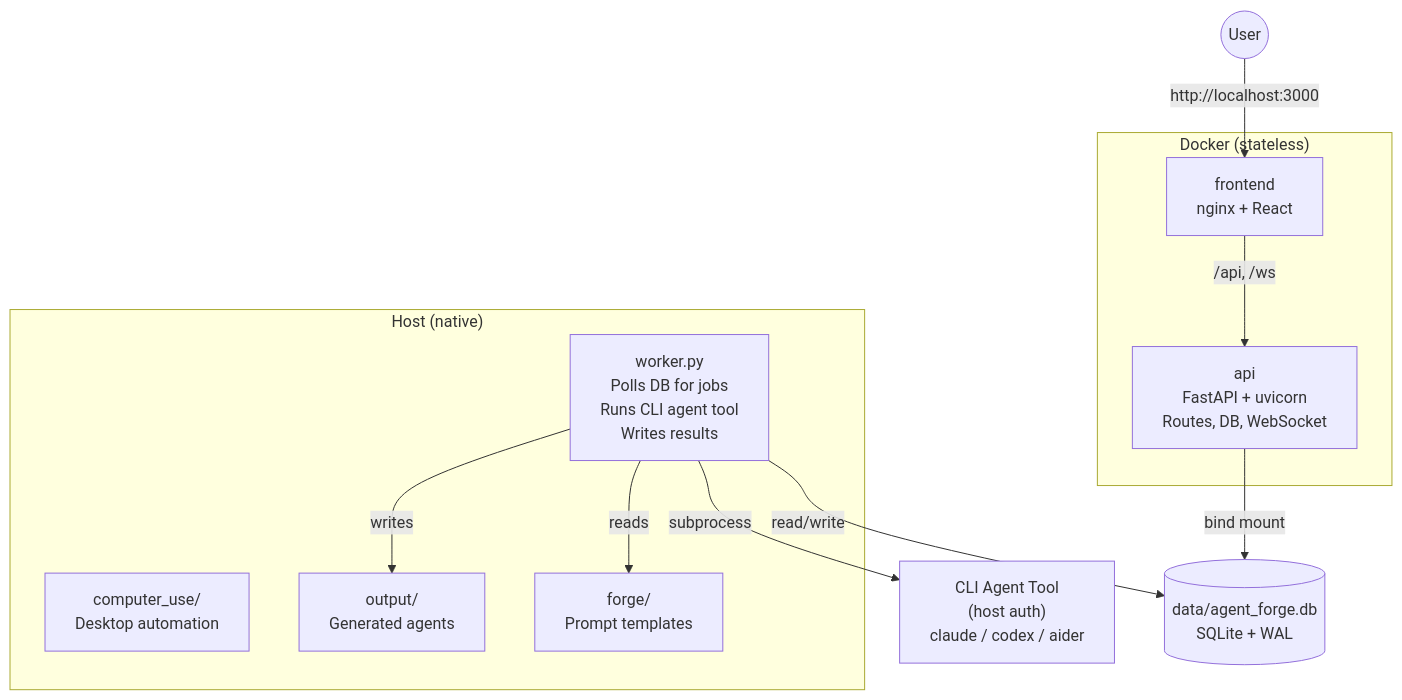
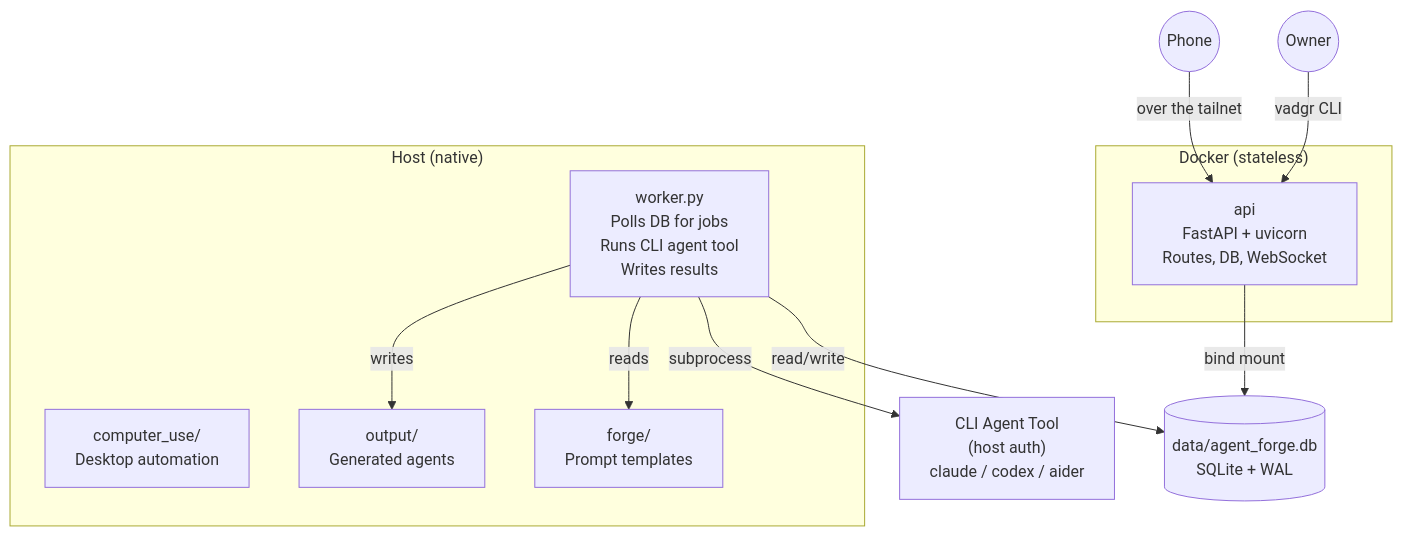
Before and after one commit to MONTBRAIN/vadgr: the first of 2 diagrams in api/docs/CONTAINERIZATION.md, drawn with Mermaid. The commit also changed other lines of this file and 92 other files, not shown here.

````diff
--- a/api/docs/CONTAINERIZATION.md
+++ b/api/docs/CONTAINERIZATION.md
@@ -11,25 +11,24 @@
 ```mermaid
 graph TB
     subgraph Docker["Docker (stateless)"]
-        FE["frontend<br/>nginx + React"]
         API["api<br/>FastAPI + uvicorn<br/>Routes, DB, WebSocket"]
-        FE -->|"/api, /ws"| API
     end
 
     subgraph Host["Host (native)"]
         Worker["worker.py<br/>Polls DB for jobs<br/>Runs CLI agent tool<br/>Writes results"]
         CU["computer_use/<br/>Desktop automation"]
         Forge["forge/<br/>Prompt templates"]
         Output["output/<br/>Generated agents"]
     end
 
     DB[("data/agent_forge.db<br/>SQLite + WAL")]
 
     API -->|"bind mount"| DB
     Worker -->|"read/write"| DB
     Worker -->|"subprocess"| Claude["CLI Agent Tool<br/>(host auth)<br/>claude / codex / aider"]
     Worker -->|"reads"| Forge
     Worker -->|"writes"| Output
 
-    User((User)) -->|"http://localhost:3000"| FE
+    Owner((Owner)) -->|"vadgr CLI"| API
+    Phone((Phone)) -->|"over the tailnet"| API
 ```
````
